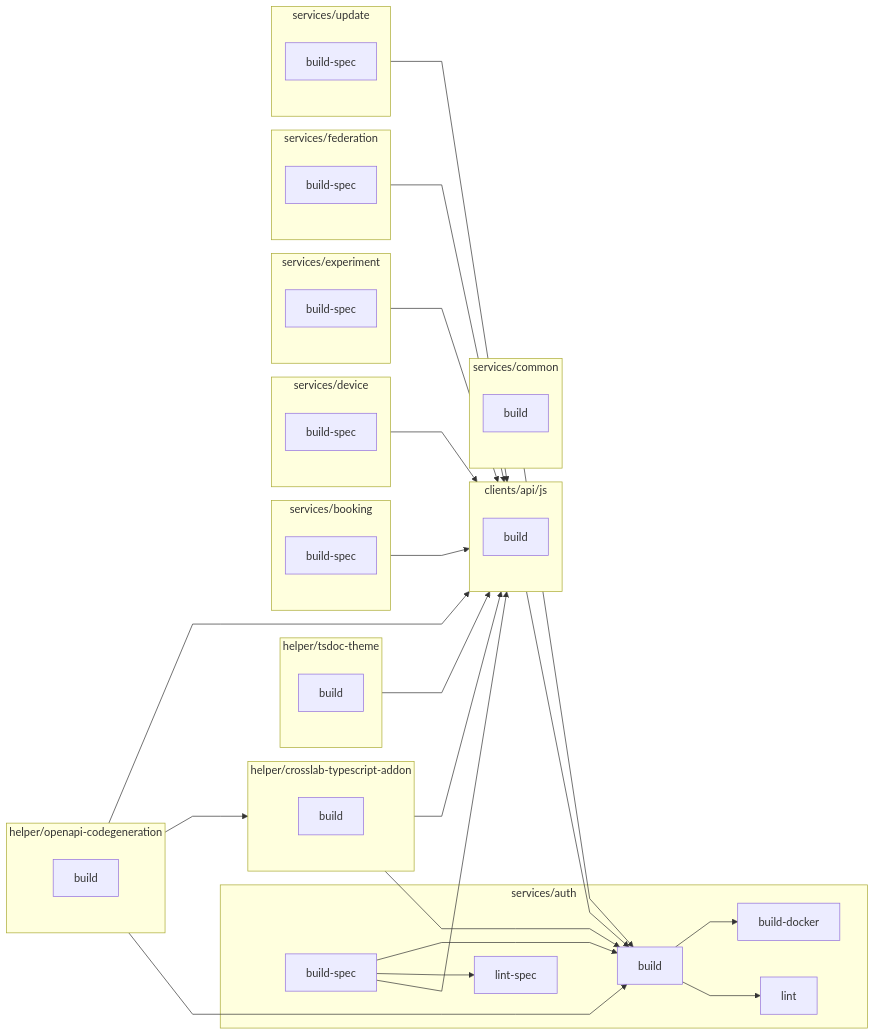
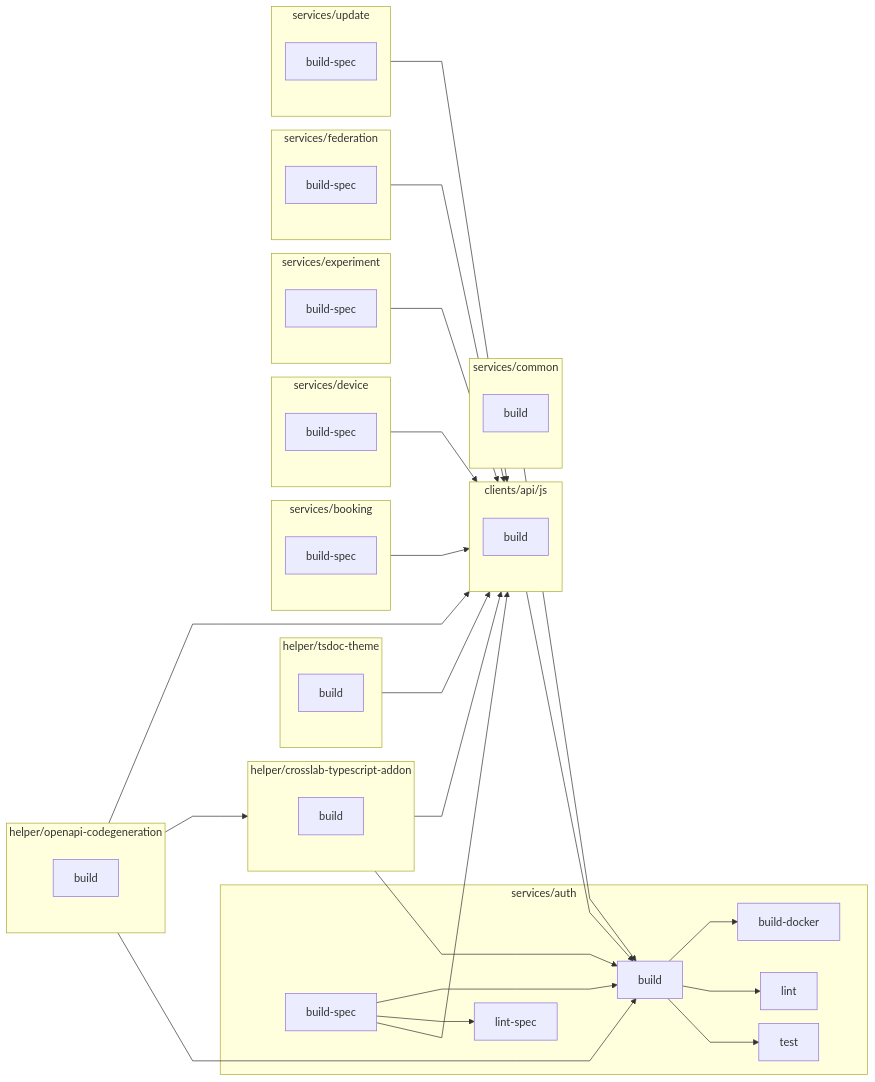
One commit to Cross-Lab-Project/crosslab changed the diagram in services/auth/README.md. Above: the diagram before and after it, drawn with Mermaid. The commit also changed other lines of this file and 56 other files, not shown here.

````diff
--- a/services/auth/README.md
+++ b/services/auth/README.md
@@ -12,59 +12,61 @@
 ```mermaid
 graph LR
 %%{init:{'flowchart':{'nodeSpacing': 20, 'rankSpacing': 80, 'curve': 'linear', 'useMaxWidth': false}}}%%
   subgraph clients/api/js
     clients/api/js:build[build]
   end
   subgraph helper/crosslab-typescript-addon
     helper/crosslab-typescript-addon:build[build]
   end
   subgraph helper/openapi-codegeneration
     helper/openapi-codegeneration:build[build]
   end
   subgraph helper/tsdoc-theme
     helper/tsdoc-theme:build[build]
   end
   subgraph services/auth
     services/auth:build[build]
     services/auth:build-docker[build-docker]
     services/auth:build-spec[build-spec]
     services/auth:lint[lint]
     services/auth:lint-spec[lint-spec]
+    services/auth:test[test]
   end
   subgraph services/booking
     services/booking:build-spec[build-spec]
   end
   subgraph services/common
     services/common:build[build]
   end
   subgraph services/device
     services/device:build-spec[build-spec]
   end
   subgraph services/experiment
     services/experiment:build-spec[build-spec]
   end
   subgraph services/federation
     services/federation:build-spec[build-spec]
   end
   subgraph services/update
     services/update:build-spec[build-spec]
   end
 clients/api/js --> services/auth:build[build]
 helper/crosslab-typescript-addon --> clients/api/js
 helper/crosslab-typescript-addon --> services/auth:build[build]
 helper/openapi-codegeneration --> clients/api/js
 helper/openapi-codegeneration --> helper/crosslab-typescript-addon
 helper/openapi-codegeneration --> services/auth:build[build]
 helper/tsdoc-theme --> clients/api/js
+services/auth:build[build] --> services/auth:build-docker[build-docker]
+services/auth:build[build] --> services/auth:lint[lint]
+services/auth:build[build] --> services/auth:test[test]
 services/auth:build-spec[build-spec] --> clients/api/js
 services/auth:build-spec[build-spec] --> services/auth:build[build]
 services/auth:build-spec[build-spec] --> services/auth:lint-spec[lint-spec]
-services/auth:build[build] --> services/auth:build-docker[build-docker]
-services/auth:build[build] --> services/auth:lint[lint]
 services/booking --> clients/api/js
 services/common --> services/auth:build[build]
 services/device --> clients/api/js
 services/experiment --> clients/api/js
 services/federation --> clients/api/js
 services/update --> clients/api/js
 ```
````
